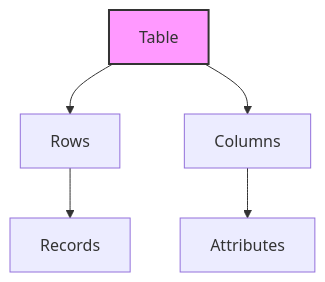
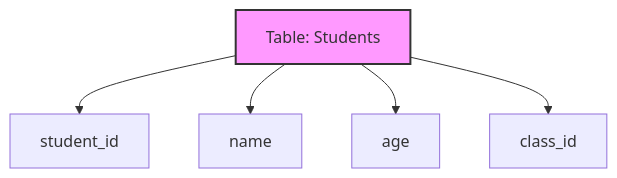
Before and after one commit to fistasolutions/learn-database-unicorndevelopers: the diagram in 11Relationaldatamodels.md, drawn with Mermaid. The commit also changed other lines of this file and 37 other files, not shown here.

````diff
--- a/11Relationaldatamodels.md
+++ b/11Relationaldatamodels.md
@@ -21,8 +46,8 @@
 ```mermaid
 graph TD
-    A[Table] --> B[Rows]
-    A --> C[Columns]
-    B --> D[Records]
-    C --> E[Attributes]
+    A[Table: Students] --> B[student_id]
+    A --> C[name]
+    A --> D[age]
+    A --> E[class_id]
     style A fill:#f9f,stroke:#333,stroke-width:2px
 ```
````
